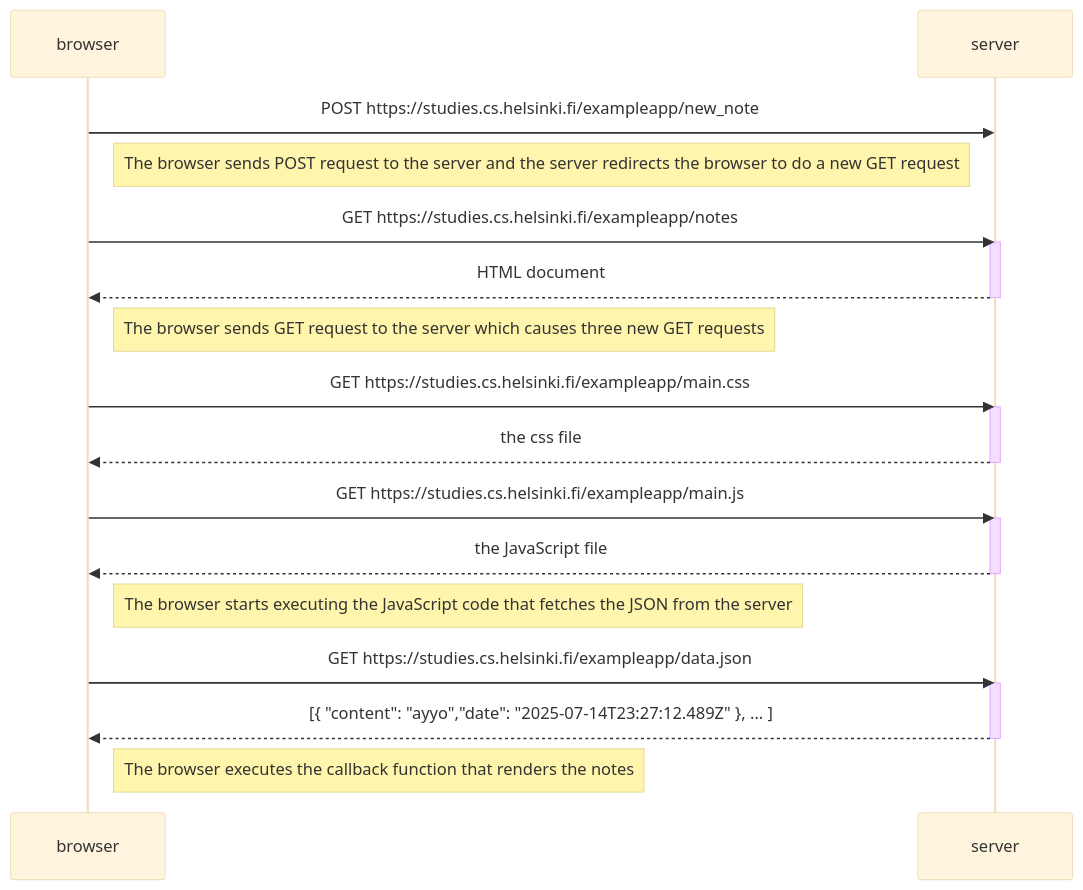
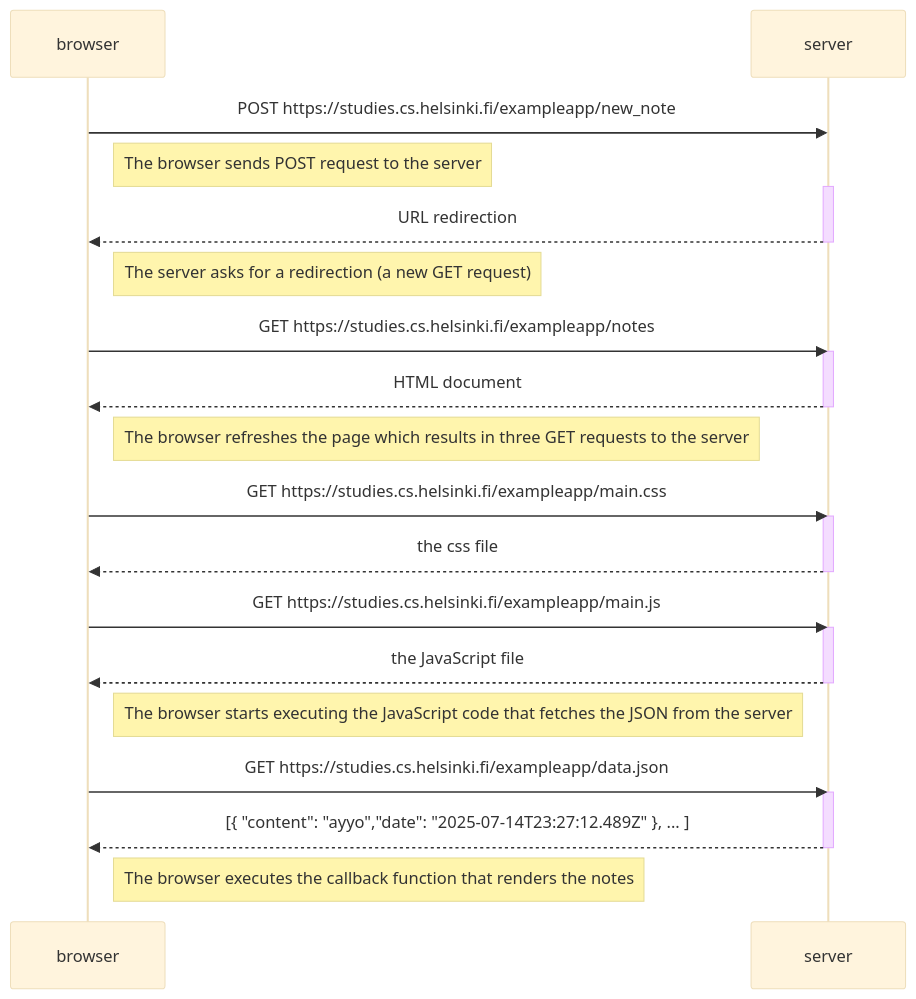
The diagram in osa0/0.4.md (jeresotaniemi/full-stack-open-palautukset), drawn with Mermaid (base theme) before and after one commit.

````diff
--- a/osa0/0.4.md
+++ b/osa0/0.4.md
@@ -3,35 +3,41 @@
 ```mermaid
   sequenceDiagram
       participant browser
       participant server
       
       browser->>server: POST https://studies.cs.helsinki.fi/exampleapp/new_note
 
-      Note right of browser: The browser sends POST request to the server and the server redirects the browser to do a new GET request
+      Note right of browser: The browser sends POST request to the server
+
+      activate server
+      server-->>browser: URL redirection
+      deactivate server
+
+      Note right of browser: The server asks for a redirection (a new GET request)
 
       browser->>server: GET https://studies.cs.helsinki.fi/exampleapp/notes
       activate server
       server-->>browser: HTML document
       deactivate server
 
-      Note right of browser: The browser sends GET request to the server which causes three new GET requests
+      Note right of browser: The browser refreshes the page which results in three GET requests to the server
       
       browser->>server: GET https://studies.cs.helsinki.fi/exampleapp/main.css
       activate server
       server-->>browser: the css file
       deactivate server
       
       browser->>server: GET https://studies.cs.helsinki.fi/exampleapp/main.js
       activate server
       server-->>browser: the JavaScript file
       deactivate server
       
       Note right of browser: The browser starts executing the JavaScript code that fetches the JSON from the server
       
       browser->>server: GET https://studies.cs.helsinki.fi/exampleapp/data.json
       activate server
       server-->>browser: [{ "content": "ayyo","date": "2025-07-14T23:27:12.489Z" }, ... ]
       deactivate server    
   
       Note right of browser: The browser executes the callback function that renders the notes
 ```
````
